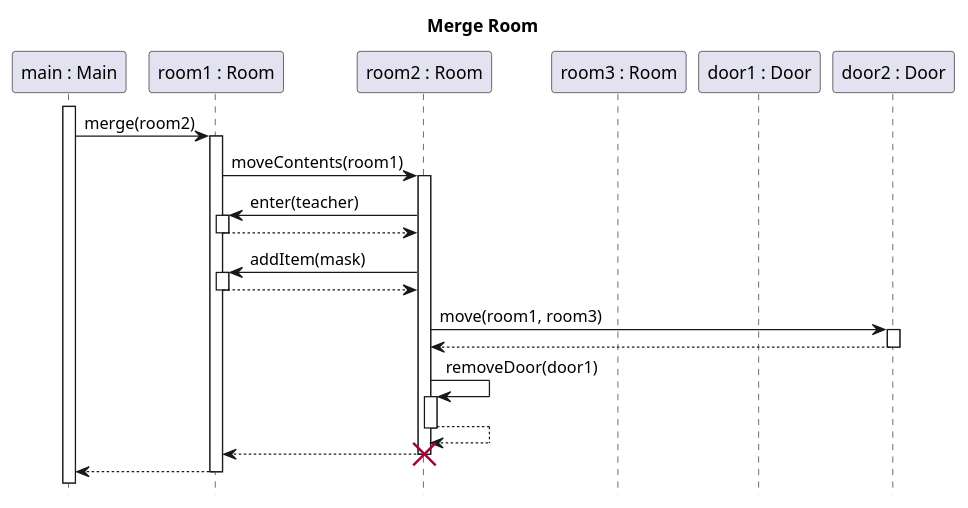
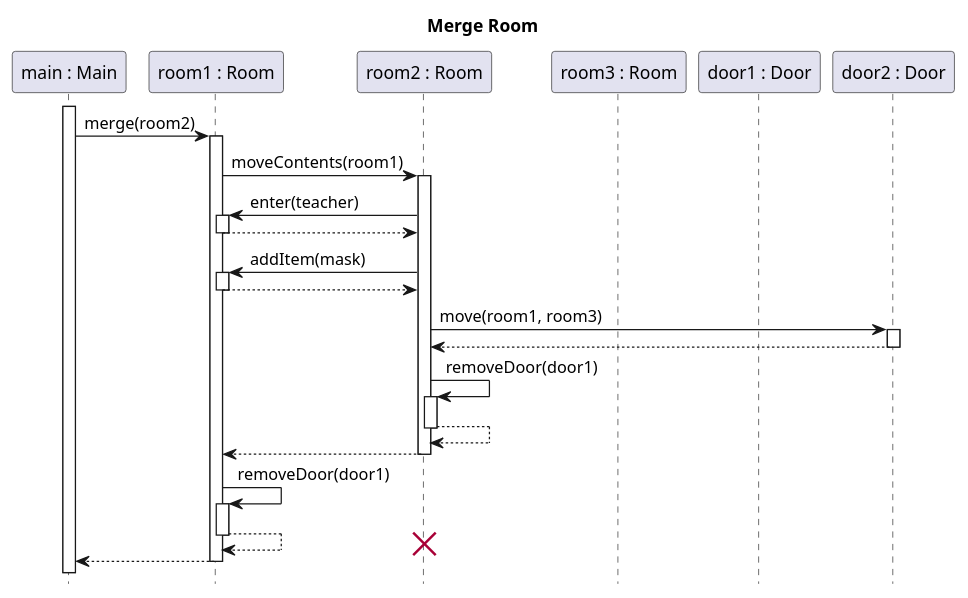
The diagram in docs/diagrams/test-sequence/room_merge.puml (sn4k3ch4rm3r/logarlec), drawn with PlantUML before and after one commit.

Commit message:
Modified and added sequence diagrams

```diff
--- a/docs/diagrams/test-sequence/room_merge.puml
+++ b/docs/diagrams/test-sequence/room_merge.puml
@@ -1,29 +1,34 @@
 @startuml room-merge
 title Merge Room
 hide footbox
 skinparam SequenceReferenceBackgroundColor white
 
 participant "main : Main" as main
 participant "room1 : Room" as r1
 participant "room2 : Room" as r2
+participant "room3 : Room" as r3
+participant "door1 : Door" as door1
+participant "door2 : Door" as door2
 participant "room3 : Room" as r3
 participant "door1 : Door" as door1
 participant "door2 : Door" as door2
 
 main++
 main-> r1 ++: merge(room2)
     r1 -> r2 ++: moveContents(room1)
         r2 -> r1 ++ : enter(teacher)
         return
     
         r2 -> r1 ++ : addItem(mask)
         return
 
         r2 -> door2 ++: move(room1, room3)
         return
         r2 -> r2 ++ : removeDoor(door1)
         return
     return
+    r1 -> r1 ++: removeDoor(door1)
+    return
 destroy r2
 return
 @enduml
```
